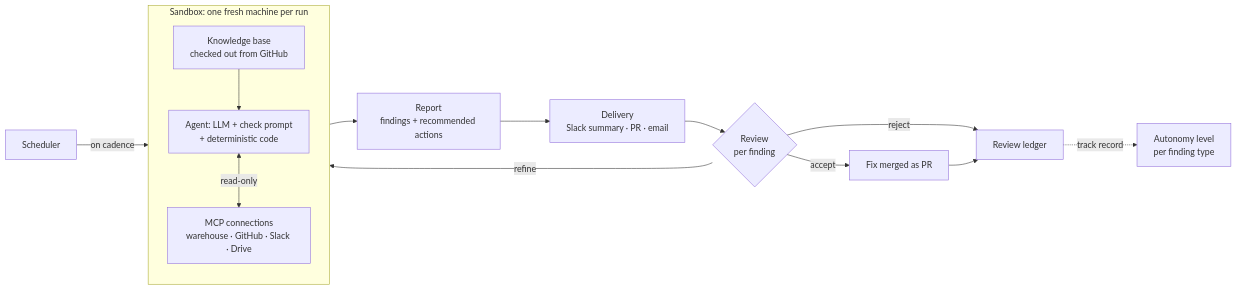
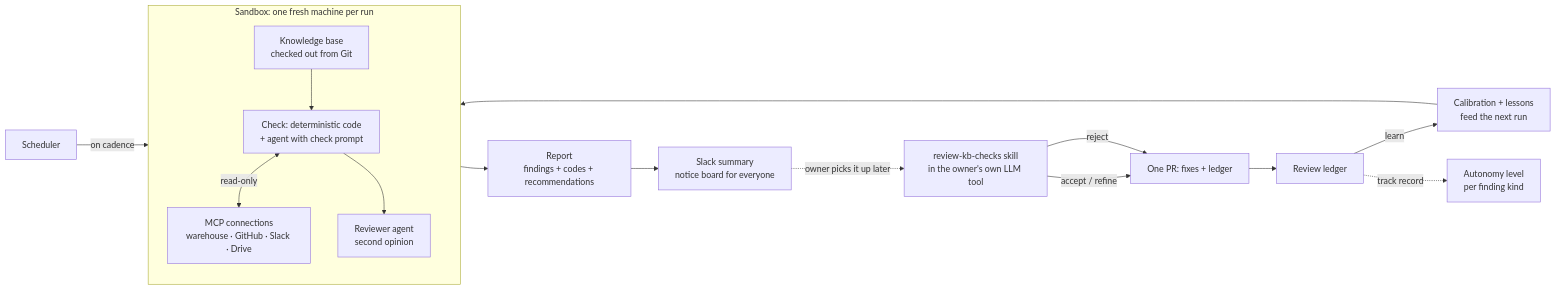
One commit to ravenclaw-99/analytics-os changed the diagram in docs/06-runtime.md. Above: the diagram before and after it, drawn with Mermaid. The commit also changed other lines of this file and 28 other files, not shown here.

First line of the commit message:
Add the reference runtime: Slack delivery, review skill, ledger, learning loop, autonomy ladder

````diff
--- a/docs/06-runtime.md
+++ b/docs/06-runtime.md
@@ -7,17 +11,19 @@
 ```mermaid
 flowchart LR
     S[Scheduler] -->|on cadence| B[Sandbox]
     subgraph B[Sandbox: one fresh machine per run]
         direction TB
-        K[Knowledge base<br/>checked out from GitHub] --> A
-        A[Agent: LLM + check prompt<br/>+ deterministic code] <-->|read-only| M[MCP connections<br/>warehouse · GitHub · Slack · Drive]
+        K[Knowledge base<br/>checked out from Git] --> A
+        A[Check: deterministic code<br/>+ agent with check prompt] <-->|read-only| M[MCP connections<br/>warehouse · GitHub · Slack · Drive]
+        A --> RA[Reviewer agent<br/>second opinion]
     end
-    B --> R[Report<br/>findings + recommended actions]
-    R --> D[Delivery<br/>Slack summary · PR · email]
-    D --> H{Review<br/>per finding}
-    H -->|accept| P[Fix merged as PR]
-    H -->|refine| A
-    H -->|reject| L[Review ledger]
-    P --> L
-    L -.->|track record| AU[Autonomy level<br/>per finding type]
+    B --> R[Report<br/>findings + codes + recommendations]
+    R --> D[Slack summary<br/>notice board for everyone]
+    D -.->|owner picks it up later| H[review-kb-checks skill<br/>in the owner's own LLM tool]
+    H -->|accept / refine| P[One PR: fixes + ledger]
+    H -->|reject| P
+    P --> L[Review ledger]
+    L -->|learn| C[Calibration + lessons<br/>feed the next run]
+    L -.->|track record| AU[Autonomy level<br/>per finding kind]
+    C --> A
 ```
````
